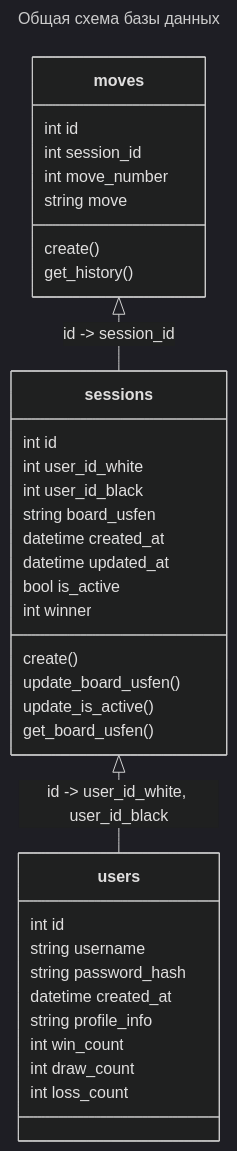
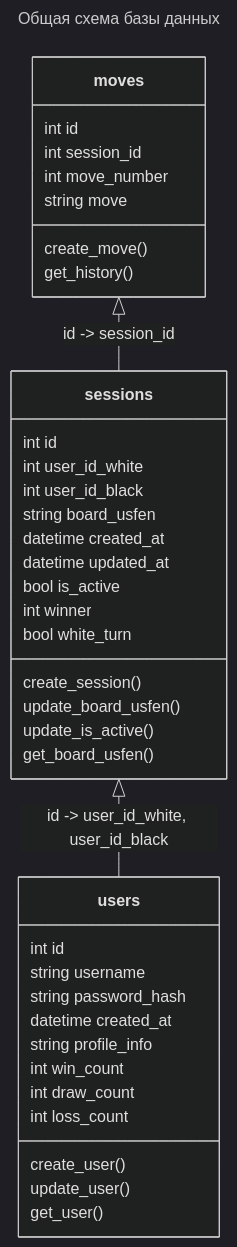
The diagram in docs/database.md (sadmadrus/chessBox), drawn with Mermaid (dark theme) before and after one commit. The commit also changed other lines of this file, not shown here.

Commit message:
add users methods; add get moves method; minor fixes

````diff
--- a/docs/database.md
+++ b/docs/database.md
@@ -5,48 +5,53 @@
 ```mermaid
 ---
 title: Общая схема базы данных
 ---  
 classDiagram
 
-class users {
+class moves {
   int id
-  string username
-  string password_hash
-  datetime created_at
-  string profile_info
-  int win_count
-  int draw_count
-  int loss_count
+  int session_id
+  int move_number
+  string move
+  
+  create_move()
+  get_history()
 }
 
 class sessions {
   int id
   int user_id_white
   int user_id_black
   string board_usfen
   datetime created_at
   datetime updated_at
   bool is_active
   int winner
+  bool white_turn
   
-  create()
+  create_session()
   update_board_usfen()
   update_is_active()
   get_board_usfen()
 }
 
 sessions <|-- users : id -> user_id_white, user_id_black
 
-class moves {
+class users {
   int id
-  int session_id
-  int move_number
-  string move
+  string username
+  string password_hash
+  datetime created_at
+  string profile_info
+  int win_count
+  int draw_count
+  int loss_count
   
-  create()
-  get_history()
+  create_user()
+  update_user()
+  get_user()
 }
 
 moves <|-- sessions : id -> session_id
 
 ```
````
